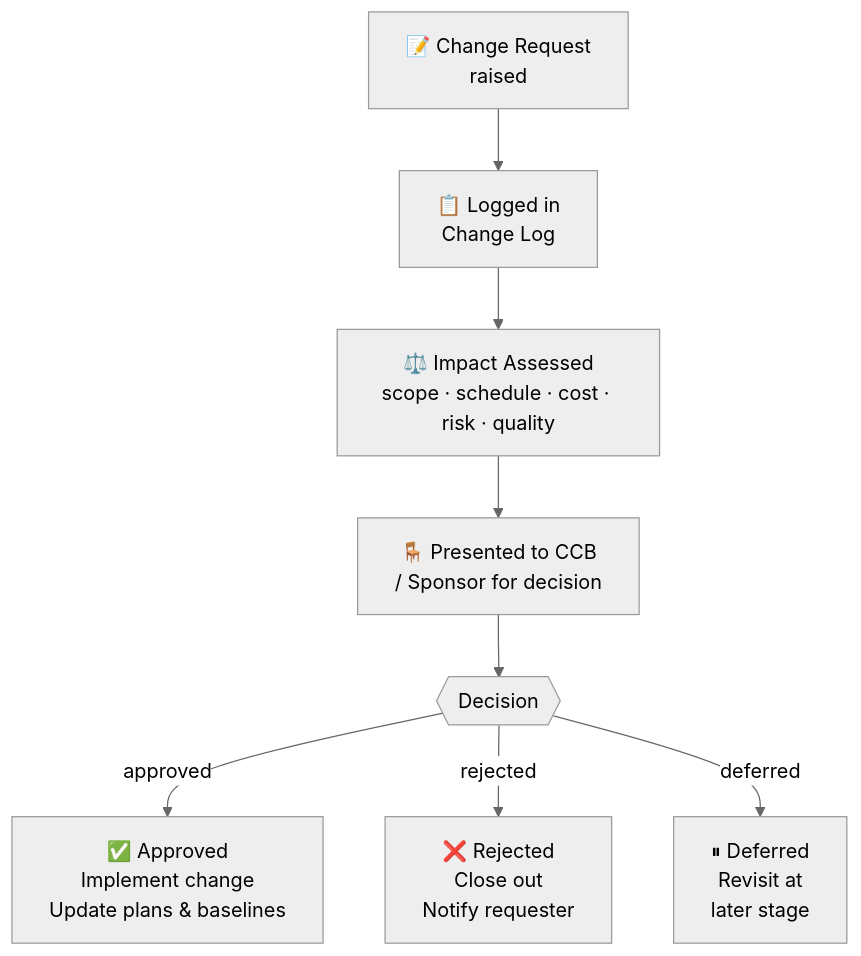
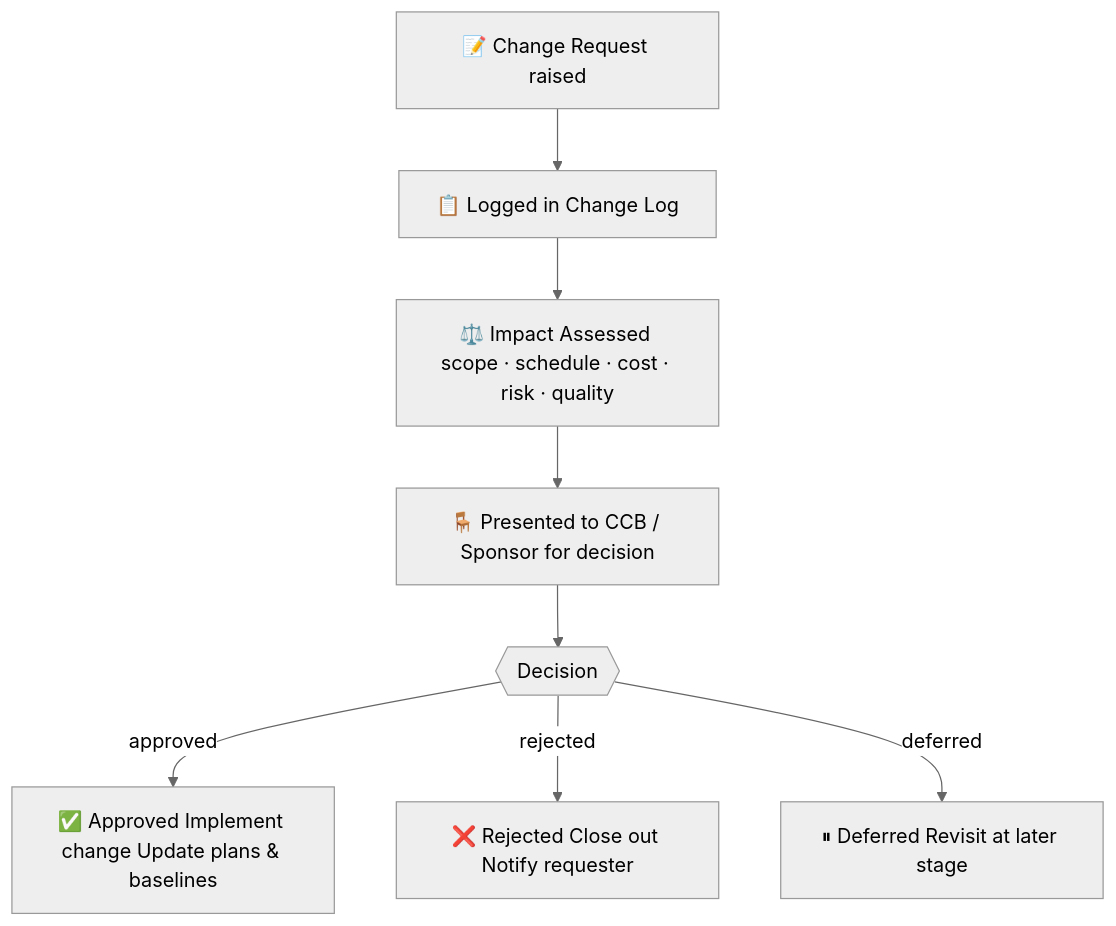
One commit to UncleJS/course_projectManagement changed the second of 3 diagrams in modules/05-execution.md. Above: the diagram before and after it, drawn with Mermaid (neutral theme). The commit also changed other lines of this file and 16 other files, not shown here.

Commit message:
Fix Mermaid rendering: remove literal \n from all diagram labels; quote unquoted & in flowchart nodes

````diff
--- a/modules/05-execution.md
+++ b/modules/05-execution.md
@@ -227,15 +227,15 @@
 ```mermaid
 flowchart TD
-    CR["📝 Change Request\nraised"]
-    LOG["📋 Logged in\nChange Log"]
-    IMPACT["⚖️ Impact Assessed\nscope · schedule · cost · risk · quality"]
-    CCB["🪑 Presented to CCB\n/ Sponsor for decision"]
+    CR["📝 Change Request raised"]
+    LOG["📋 Logged in Change Log"]
+    IMPACT["⚖️ Impact Assessed scope · schedule · cost · risk · quality"]
+    CCB["🪑 Presented to CCB / Sponsor for decision"]
     APP{{"Decision"}}
-    IMPL["✅ Approved\nImplement change\nUpdate plans & baselines"]
-    REJ["❌ Rejected\nClose out\nNotify requester"]
-    DEF["⏸ Deferred\nRevisit at\nlater stage"]
+    IMPL["✅ Approved Implement change Update plans & baselines"]
+    REJ["❌ Rejected Close out Notify requester"]
+    DEF["⏸ Deferred Revisit at later stage"]
     CR --> LOG --> IMPACT --> CCB --> APP
     APP -->|"approved"| IMPL
     APP -->|"rejected"| REJ
     APP -->|"deferred"| DEF
 ```
````
